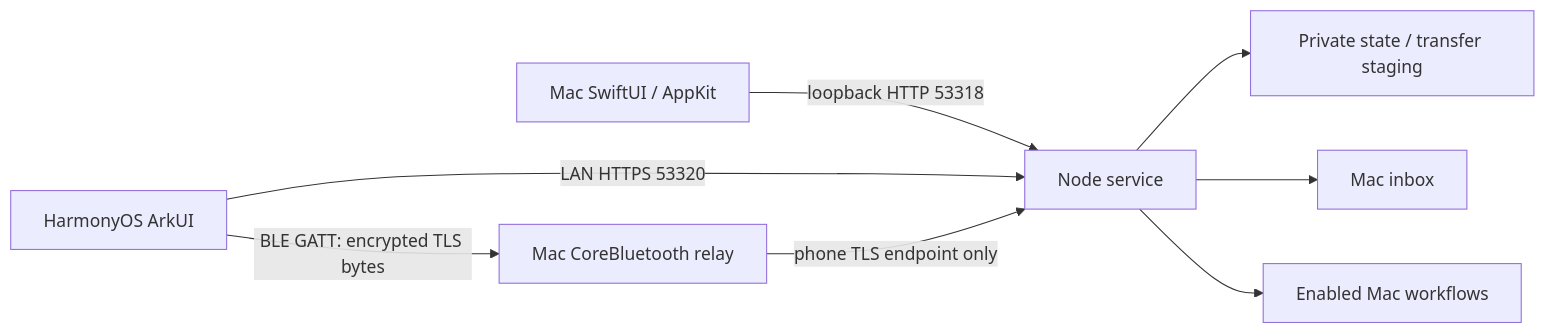
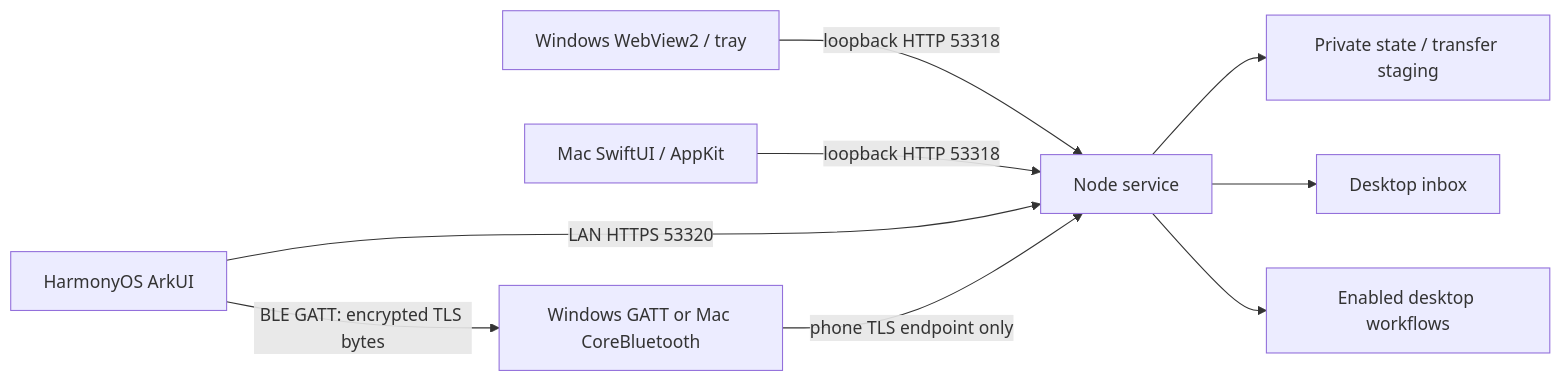
One commit to ZJUZhiyuCai/NearBridge changed the diagram in docs/ARCHITECTURE.md. Above: the diagram before and after it, drawn with Mermaid. The commit also changed other lines of this file and 24 other files, not shown here.

````diff
--- a/docs/ARCHITECTURE.md
+++ b/docs/ARCHITECTURE.md
@@ -11,10 +11,11 @@
 ```mermaid
 flowchart LR
+  D[Windows WebView2 / tray] -->|loopback HTTP 53318| S
   M[Mac SwiftUI / AppKit] -->|loopback HTTP 53318| S[Node service]
   P[HarmonyOS ArkUI] -->|LAN HTTPS 53320| S
-  P -->|BLE GATT: encrypted TLS bytes| B[Mac CoreBluetooth relay]
+  P -->|BLE GATT: encrypted TLS bytes| B[Windows GATT or Mac CoreBluetooth]
   B -->|phone TLS endpoint only| S
   S --> I[Private state / transfer staging]
-  S --> F[Mac inbox]
-  S --> W[Enabled Mac workflows]
+  S --> F[Desktop inbox]
+  S --> W[Enabled desktop workflows]
 ```
````
